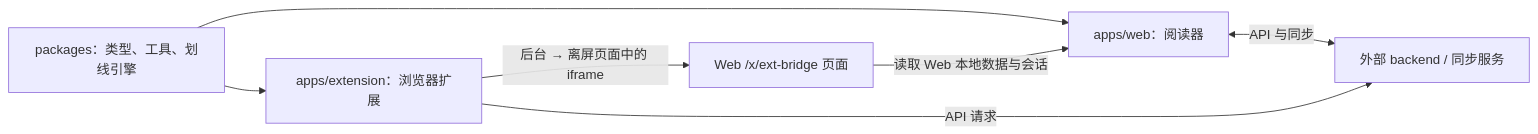
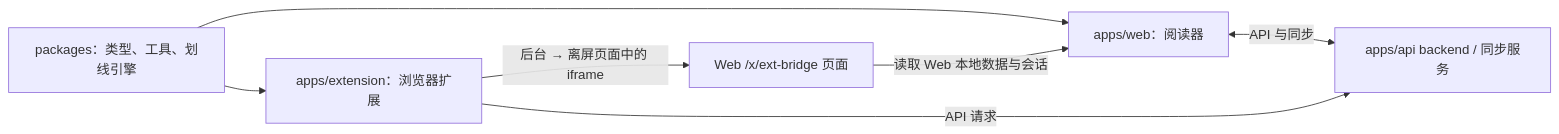
Before and after one commit to slax-lab/slax-reader: the diagram in docs/architecture/frontend.md, drawn with Mermaid. The commit also changed other lines of this file and 88 other files, not shown here.

Commit message:
feat: align frontend with monorepo api architecture

````diff
--- a/docs/architecture/frontend.md
+++ b/docs/architecture/frontend.md
@@ -34,14 +34,14 @@
 ```mermaid
 flowchart LR
     shared["packages：类型、工具、划线引擎"]
     web["apps/web：阅读器"]
     ext["apps/extension：浏览器扩展"]
     bridge["Web /x/ext-bridge 页面"]
-    backend["外部 backend / 同步服务"]
+    backend["apps/api backend / 同步服务"]
     shared --> web
     shared --> ext
     ext -->|"后台 → 离屏页面中的 iframe"| bridge
     bridge -->|"读取 Web 本地数据与会话"| web
     web <-->|"API 与同步"| backend
     ext -->|"API 请求"| backend
 ```
````
